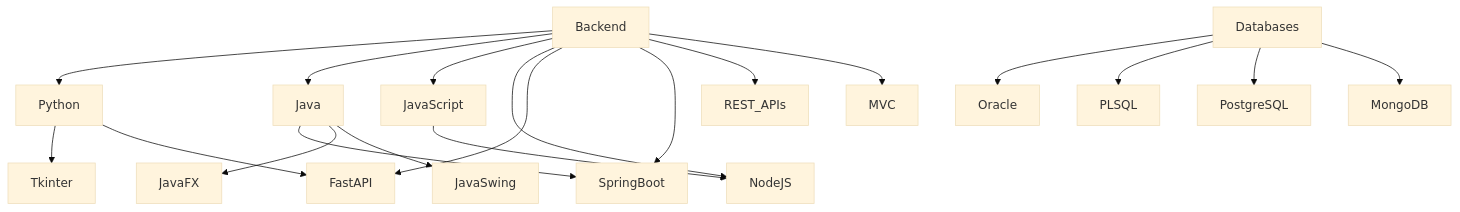
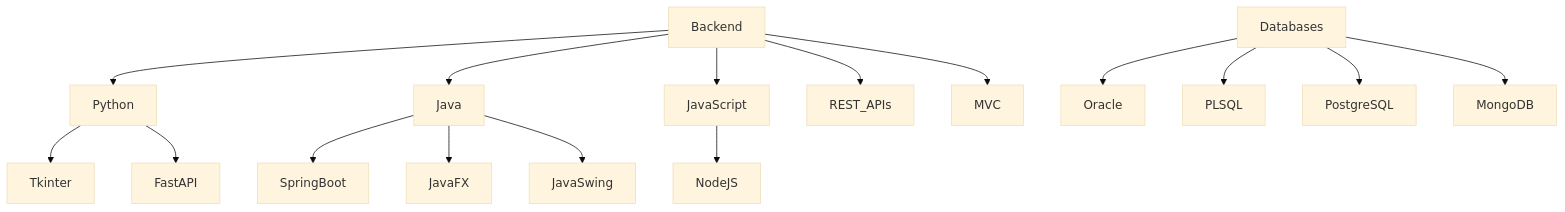
One commit to SalazarPaulo/developer-knowledge-base changed the second of 7 diagrams in README.md. Above: the diagram before and after it, drawn with Mermaid (base theme). The commit also changed other lines of this file, not shown here.

````diff
--- a/README.md
+++ b/README.md
@@ -90,23 +91,20 @@
 ```mermaid
 graph TD;
     Backend-->Python;
     Backend-->Java;
     Backend-->JavaScript;
-    Backend-->NodeJS;
-    Backend-->FastAPI;
-    Backend-->SpringBoot;
     Backend-->REST_APIs;
     Backend-->MVC;
 
     Databases-->Oracle;
     Databases-->PLSQL;
     Databases-->PostgreSQL;
     Databases-->MongoDB;
 
+    Python-->Tkinter;
+    Python-->FastAPI;
     Java-->SpringBoot;
     Java-->JavaFX;
     Java-->JavaSwing;
-    Python-->Tkinter;
-    Python-->FastAPI;
     JavaScript-->NodeJS;
 ```
````
